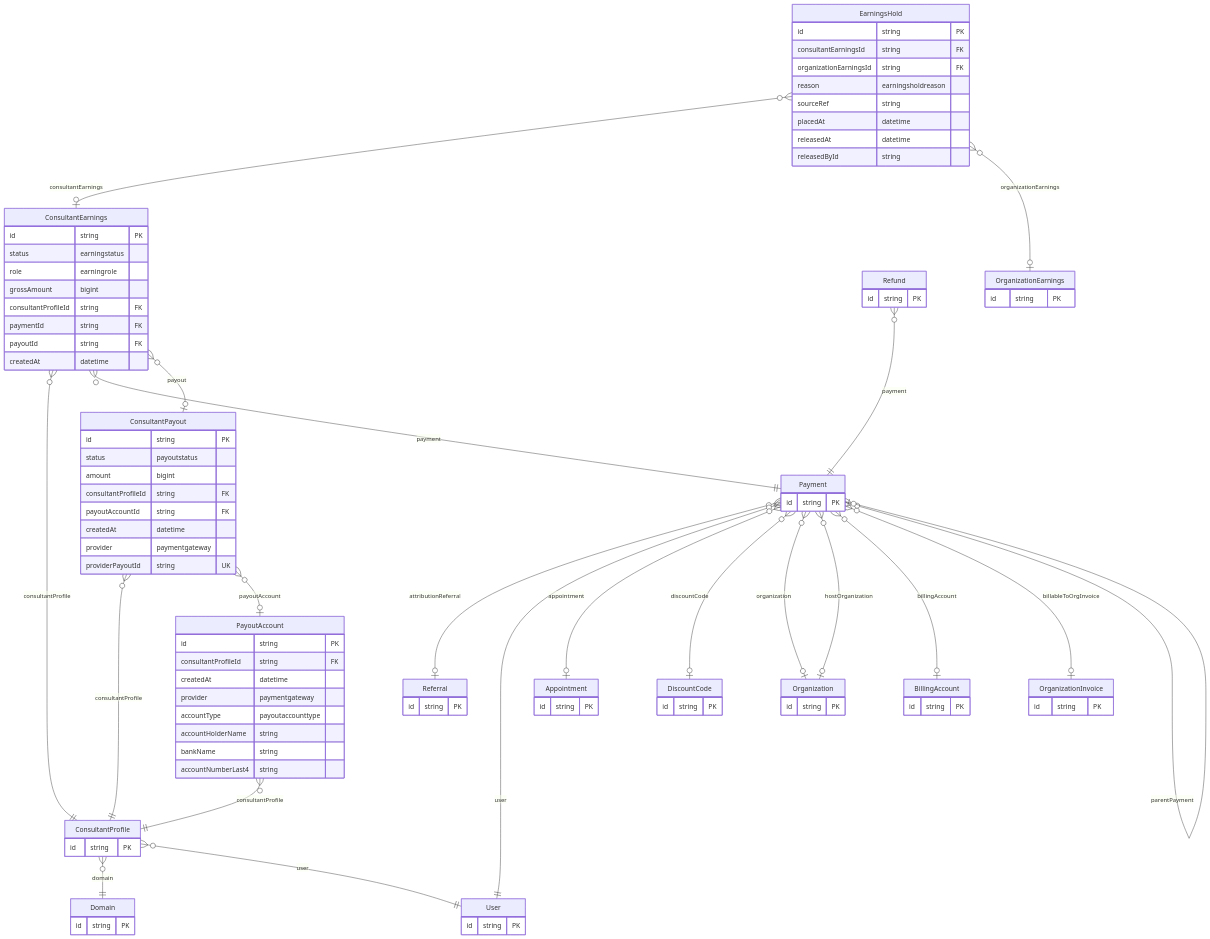
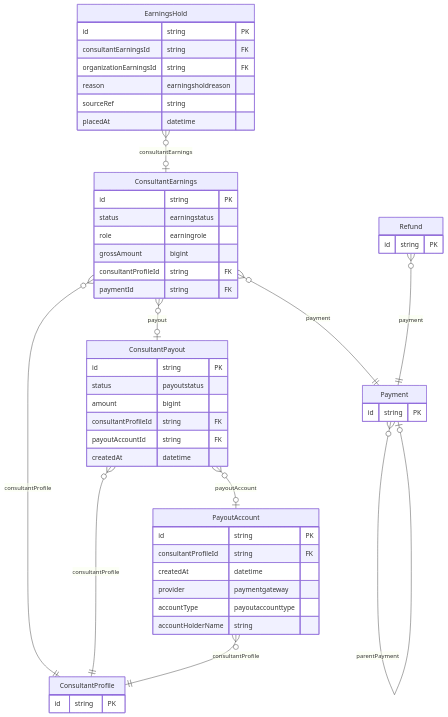
Before and after one commit to Practitionist/familiarise_web: the first of 2 diagrams in docs/prisma/domains/06-earnings-and-tax.md, drawn with Mermaid. The commit also changed other lines of this file and 14 other files, not shown here.

````diff
--- a/docs/prisma/domains/06-earnings-and-tax.md
+++ b/docs/prisma/domains/06-earnings-and-tax.md
@@ -24,8 +24,6 @@
         grossAmount bigint
         consultantProfileId string FK
         paymentId string FK
-        payoutId string FK
-        createdAt datetime
     }
     EarningsHold {
         id string PK
@@ -34,8 +32,6 @@
         reason earningsholdreason
         sourceRef string
         placedAt datetime
-        releasedAt datetime
-        releasedById string
     }
     ConsultantPayout {
         id string PK
@@ -44,8 +40,6 @@
         consultantProfileId string FK
         payoutAccountId string FK
         createdAt datetime
-        provider paymentgateway
-        providerPayoutId string UK
     }
     PayoutAccount {
         id string PK
@@ -54,11 +48,6 @@
         provider paymentgateway
         accountType payoutaccounttype
         accountHolderName string
-        bankName string
-        accountNumberLast4 string
-    }
-    User {
-        id string PK
     }
     ConsultantProfile {
         id string PK
@@ -69,48 +58,13 @@
     Refund {
         id string PK
     }
-    OrganizationEarnings {
-        id string PK
-    }
-    Domain {
-        id string PK
-    }
-    Referral {
-        id string PK
-    }
-    Appointment {
-        id string PK
-    }
-    DiscountCode {
-        id string PK
-    }
-    Organization {
-        id string PK
-    }
-    BillingAccount {
-        id string PK
-    }
-    OrganizationInvoice {
-        id string PK
-    }
     ConsultantEarnings }o--|| ConsultantProfile : "consultantProfile"
     ConsultantEarnings }o--|| Payment : "payment"
     ConsultantEarnings }o--o| ConsultantPayout : "payout"
     EarningsHold }o--o| ConsultantEarnings : "consultantEarnings"
-    EarningsHold }o--o| OrganizationEarnings : "organizationEarnings"
     ConsultantPayout }o--|| ConsultantProfile : "consultantProfile"
     ConsultantPayout }o--o| PayoutAccount : "payoutAccount"
     PayoutAccount }o--|| ConsultantProfile : "consultantProfile"
-    ConsultantProfile }o--|| Domain : "domain"
-    ConsultantProfile }o--|| User : "user"
-    Payment }o--o| Referral : "attributionReferral"
-    Payment }o--|| User : "user"
-    Payment }o--o| Appointment : "appointment"
-    Payment }o--o| DiscountCode : "discountCode"
-    Payment }o--o| Organization : "organization"
-    Payment }o--o| Organization : "hostOrganization"
-    Payment }o--o| BillingAccount : "billingAccount"
-    Payment }o--o| OrganizationInvoice : "billableToOrgInvoice"
     Payment }o--o| Payment : "parentPayment"
     Refund }o--|| Payment : "payment"
 ```
````
